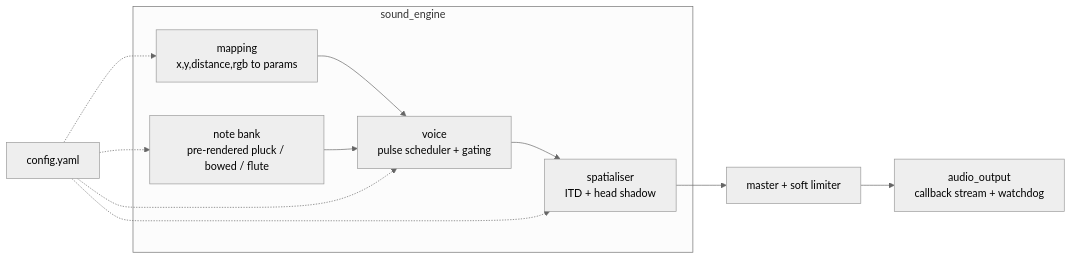
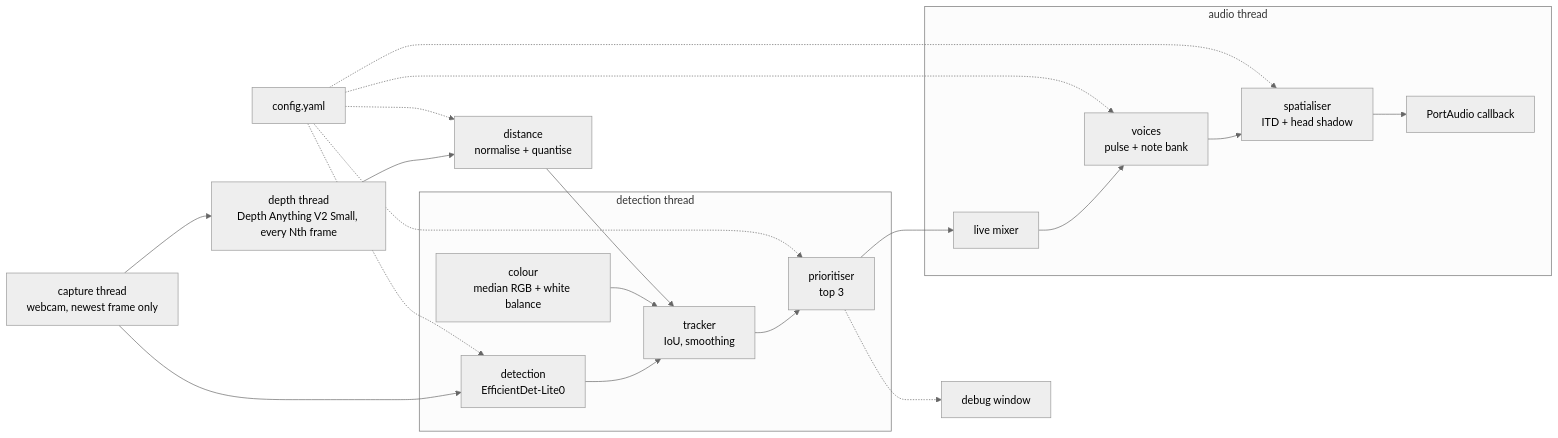
One commit to Hrishikesh2512/NaaDrik changed the diagram in README.md. Above: the diagram before and after it, drawn with Mermaid (neutral theme). The commit also changed other lines of this file, not shown here.

Commit message:
docs: document live mode, models and pipeline architecture

````diff
--- a/README.md
+++ b/README.md
@@ -81,10 +109,17 @@
 ```mermaid
 flowchart LR
-    subgraph sound_engine
-        M[mapping<br/>x,y,distance,rgb to params] --> V[voice<br/>pulse scheduler + gating]
-        N[note bank<br/>pre-rendered pluck / bowed / flute] --> V
-        V --> S[spatialiser<br/>ITD + head shadow]
+    CAM[capture thread<br/>webcam, newest frame only] --> DET
+    CAM --> DEP
+    subgraph detection thread
+        DET[detection<br/>EfficientDet-Lite0] --> TRK[tracker<br/>IoU, smoothing]
+        COL[colour<br/>median RGB + white balance] --> TRK
+        TRK --> PRI[prioritiser<br/>top 3]
     end
-    S --> MX[master + soft limiter] --> O[audio_output<br/>callback stream + watchdog]
-    C[config.yaml] -.-> M & N & V & S
+    DEP[depth thread<br/>Depth Anything V2 Small, every Nth frame] --> DIST[distance<br/>normalise + quantise] --> TRK
+    PRI --> MIX
+    subgraph audio thread
+        MIX[live mixer] --> V[voices<br/>pulse + note bank] --> SP[spatialiser<br/>ITD + head shadow] --> OUT[PortAudio callback]
+    end
+    PRI -.-> UI[debug window]
+    C[config.yaml] -.-> DET & DIST & PRI & V & SP
 ```
````
